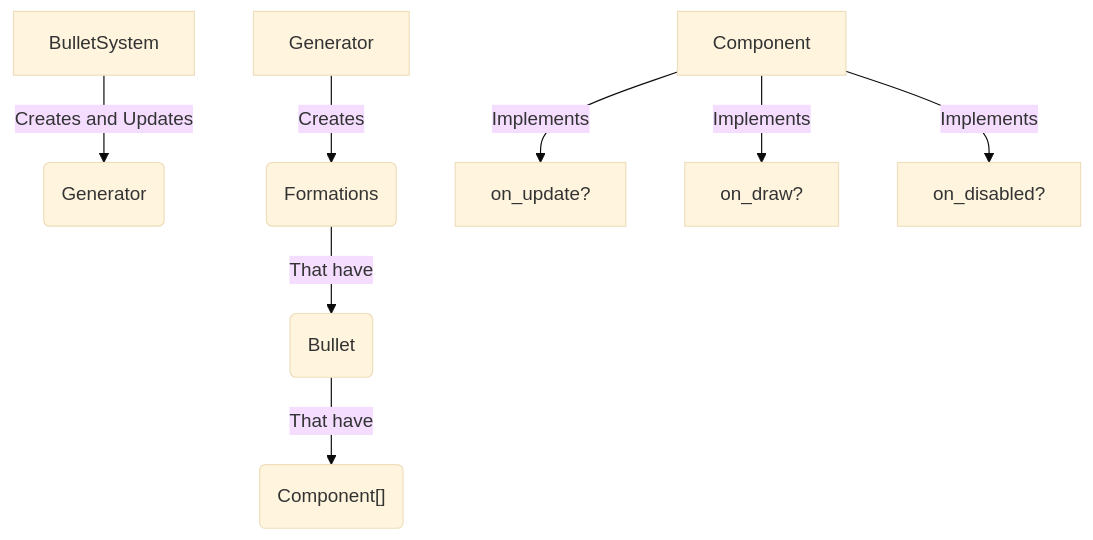
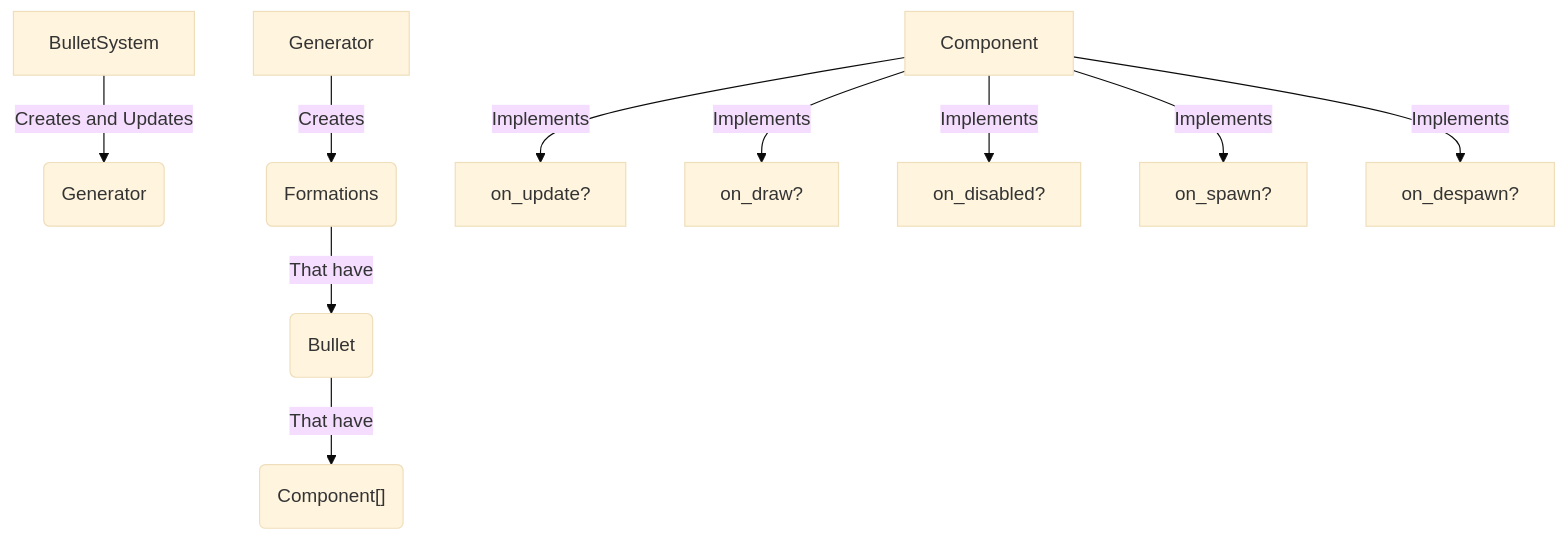
The diagram in README.md (Nrosa01/LOVElyBullets), drawn with Mermaid (base theme) before and after one commit. The commit also changed other lines of this file and 1 other file, not shown here.

Commit message:
Added on_spawn methods to bullet because I found use_cases

````diff
--- a/README.md
+++ b/README.md
@@ -29,10 +29,12 @@
 ```mermaid
 graph 
     A[BulletSystem] --> |Creates and Updates| B(Generator)
     C(Bullet)
     C --> |"That have"|D("Component[]")
     G[Generator] --> |"Creates"| H(Formations) --> |"That have"| C
     Component --> |"Implements"| E[on_update?]
     Component --> |"Implements"| F[on_draw?]
     Component --> |"Implements"| I[on_disabled?]
+    Component --> |"Implements"| J[on_spawn?]
+    Component --> |"Implements"| K[on_despawn?]
 ```
````
